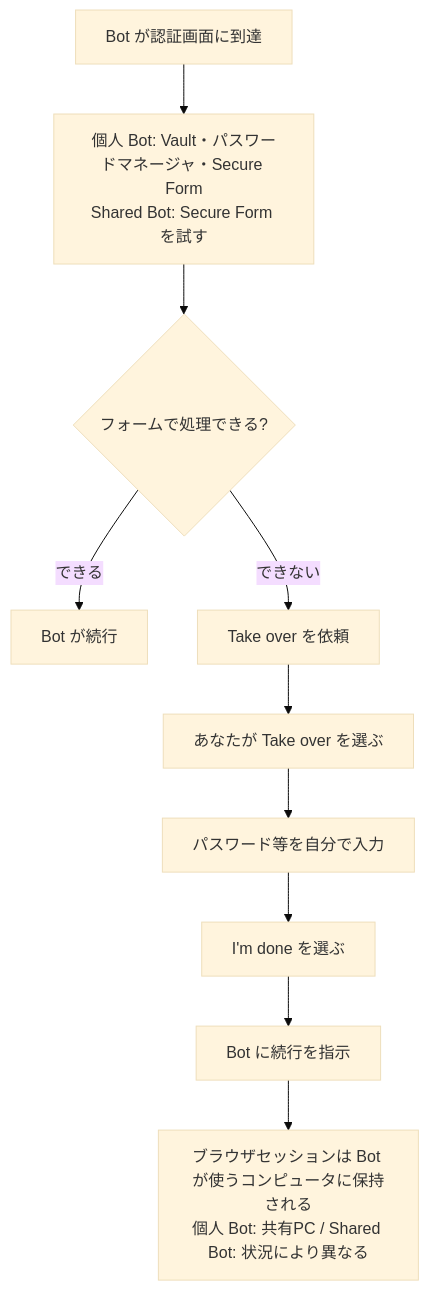
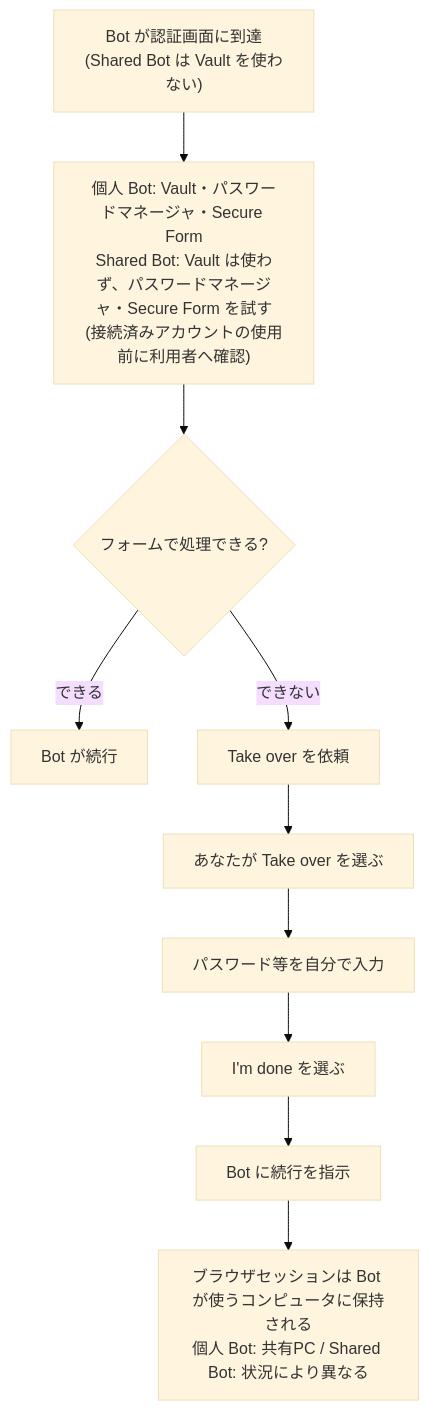
Before and after one commit to myoshi2891/Comparison-of-LLMs: the fifth of 11 diagrams in Xai-grok-bot-guide.md, drawn with Mermaid (base theme). The commit also changed other lines of this file and 1 other file, not shown here.

Commit message:
docs: list dots texting setup entry points and clarify Shared Bot password manager confirmation
Claude-Session: https://claude.ai/code/session_01Fr32DokKVZ8cpz9Rmp5ovr

````diff
--- a/Xai-grok-bot-guide.md
+++ b/Xai-grok-bot-guide.md
@@ -329,12 +329,12 @@
 ```mermaid
 flowchart TD
-    A["Bot が認証画面に到達"] --> V["個人 Bot: Vault・パスワードマネージャ・Secure Form<br/>Shared Bot: Secure Form を試す"]
+    A["Bot が認証画面に到達<br/>(Shared Bot は Vault を使わない)"] --> V["個人 Bot: Vault・パスワードマネージャ・Secure Form<br/>Shared Bot: Vault は使わず、パスワードマネージャ・Secure Form を試す<br/>(接続済みアカウントの使用前に利用者へ確認)"]
     V --> Q{"フォームで処理できる?"}
     Q -- "できる" --> OK["Bot が続行"]
     Q -- "できない" --> B["Take over を依頼"]
     B --> C["あなたが Take over を選ぶ"]
     C --> D["パスワード等を自分で入力"]
     D --> E["I'm done を選ぶ"]
     E --> F["Bot に続行を指示"]
     F --> G["ブラウザセッションは Bot が使うコンピュータに保持される<br/>個人 Bot: 共有PC / Shared Bot: 状況により異なる"]
 ```
````
